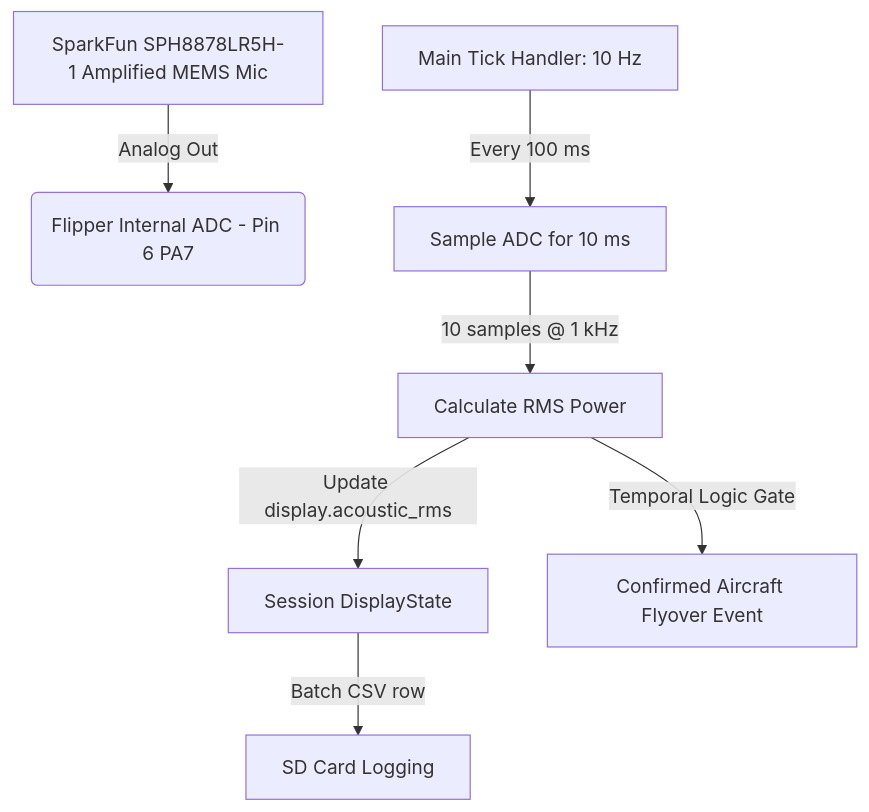
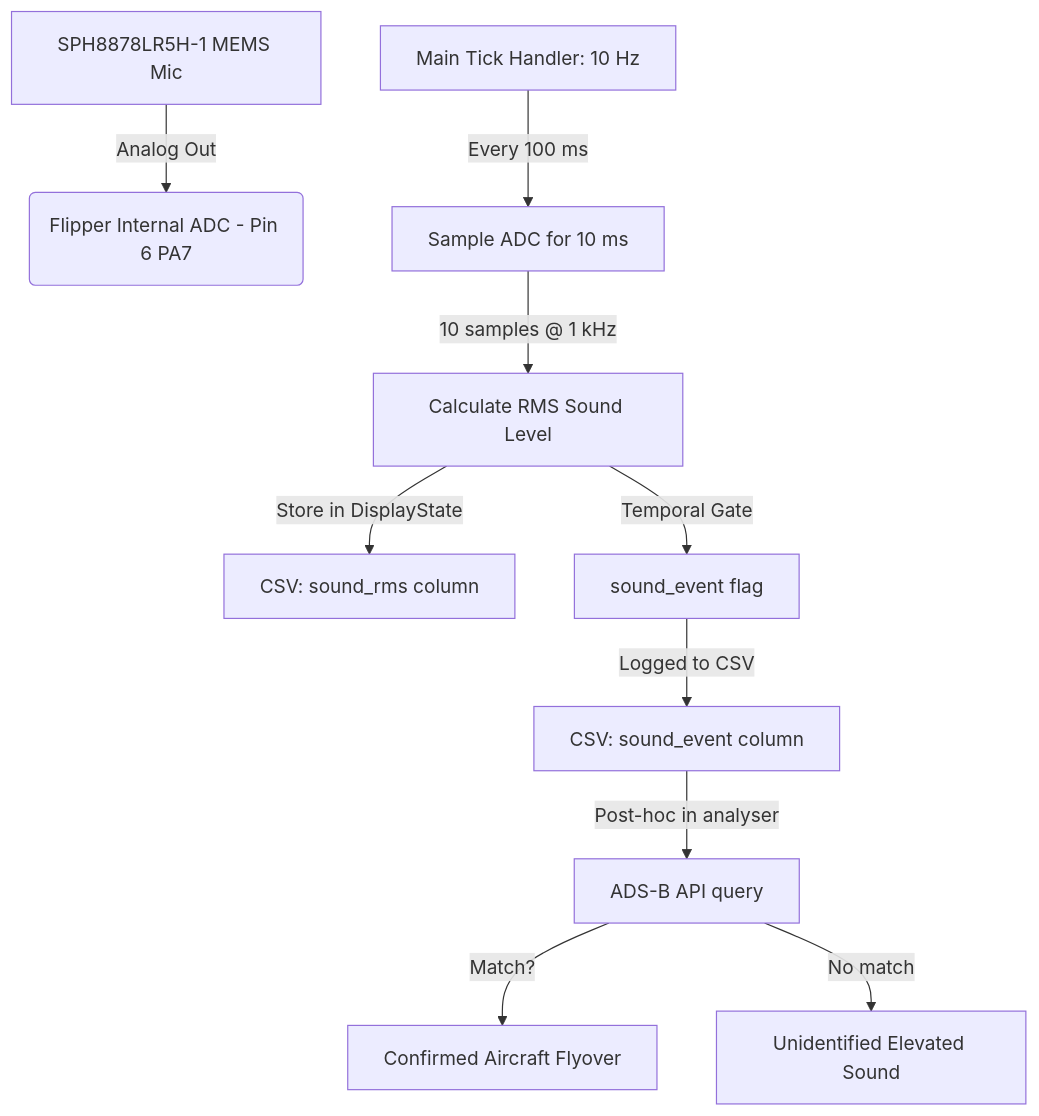
Before and after one commit to Softhook/BioMapping: the diagram in docs/acoustic_aircraft_detection_proposal.md, drawn with Mermaid. The commit also changed other lines of this file, not shown here.

````diff
--- a/docs/acoustic_aircraft_detection_proposal.md
+++ b/docs/acoustic_aircraft_detection_proposal.md
@@ -13,9 +15,12 @@
 ```mermaid
 graph TD
-    A[SparkFun SPH8878LR5H-1 Amplified MEMS Mic] -->|Analog Out| B(Flipper Internal ADC - Pin 6 PA7)
+    A[SPH8878LR5H-1 MEMS Mic] -->|Analog Out| B(Flipper Internal ADC - Pin 6 PA7)
     C[Main Tick Handler: 10 Hz] -->|Every 100 ms| D[Sample ADC for 10 ms]
-    D -->|10 samples @ 1 kHz| E[Calculate RMS Power]
-    E -->|Update display.acoustic_rms| F[Session DisplayState]
-    F -->|Batch CSV row| G[SD Card Logging]
-    E -->|Temporal Logic Gate| H[Confirmed Aircraft Flyover Event]
+    D -->|10 samples @ 1 kHz| E[Calculate RMS Sound Level]
+    E -->|Store in DisplayState| F[CSV: sound_rms column]
+    E -->|Temporal Gate| G[sound_event flag]
+    G -->|Logged to CSV| H[CSV: sound_event column]
+    H -->|Post-hoc in analyser| I[ADS-B API query]
+    I -->|Match?| J[Confirmed Aircraft Flyover]
+    I -->|No match| K[Unidentified Elevated Sound]
 ```
````
